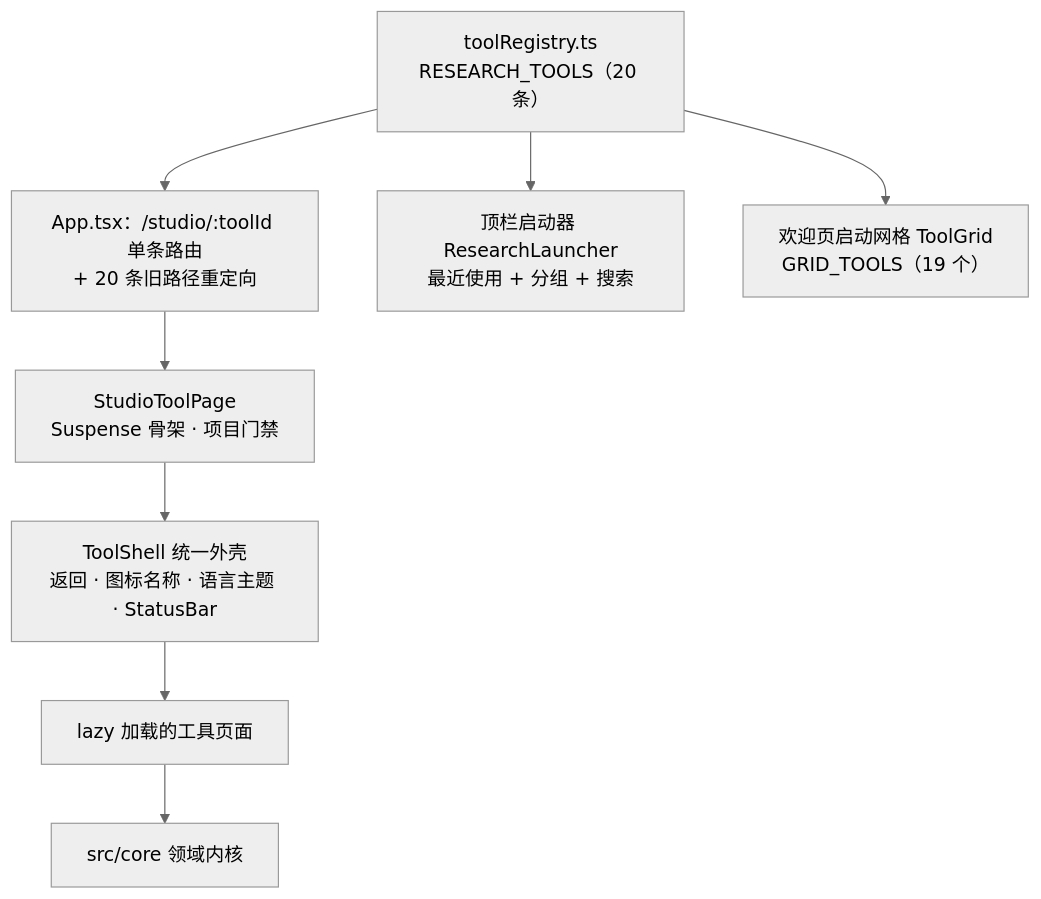
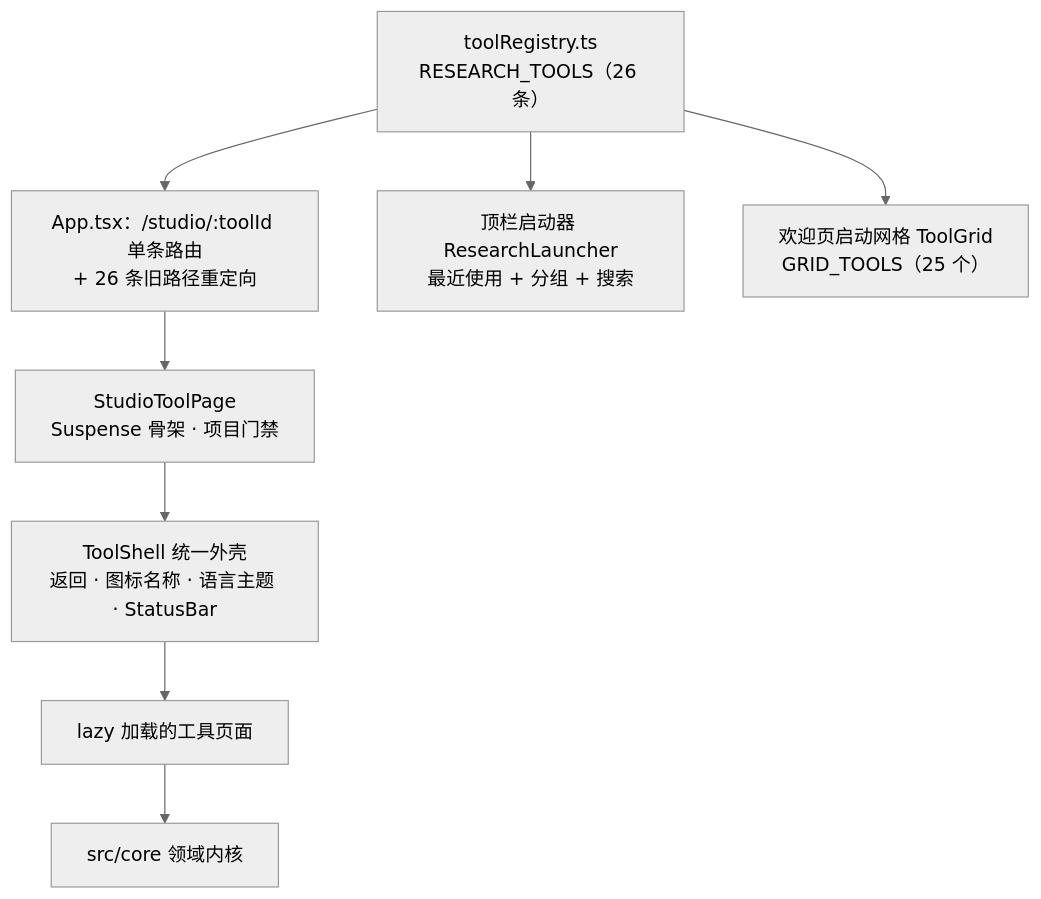
Before and after one commit to SnowLeopard-io/ErgalicsStudio: the first of 2 diagrams in docs/technical/05-科研工具集.md, drawn with Mermaid (neutral theme). The commit also changed other lines of this file and 36 other files, not shown here.

````diff
--- a/docs/technical/05-科研工具集.md
+++ b/docs/technical/05-科研工具集.md
@@ -20,11 +20,11 @@
 ```mermaid
 flowchart TD
-    R["toolRegistry.ts<br/>RESEARCH_TOOLS（20 条）"]
-    R --> A["App.tsx：/studio/:toolId 单条路由<br/>+ 20 条旧路径重定向"]
+    R["toolRegistry.ts<br/>RESEARCH_TOOLS（26 条）"]
+    R --> A["App.tsx：/studio/:toolId 单条路由<br/>+ 26 条旧路径重定向"]
     R --> B["顶栏启动器 ResearchLauncher<br/>最近使用 + 分组 + 搜索"]
-    R --> C["欢迎页启动网格 ToolGrid<br/>GRID_TOOLS（19 个）"]
+    R --> C["欢迎页启动网格 ToolGrid<br/>GRID_TOOLS（25 个）"]
     A --> D["StudioToolPage<br/>Suspense 骨架 · 项目门禁"]
     D --> E["ToolShell 统一外壳<br/>返回 · 图标名称 · 语言主题 · StatusBar"]
     E --> F["lazy 加载的工具页面"]
     F --> G["src/core 领域内核"]
 ```
````
